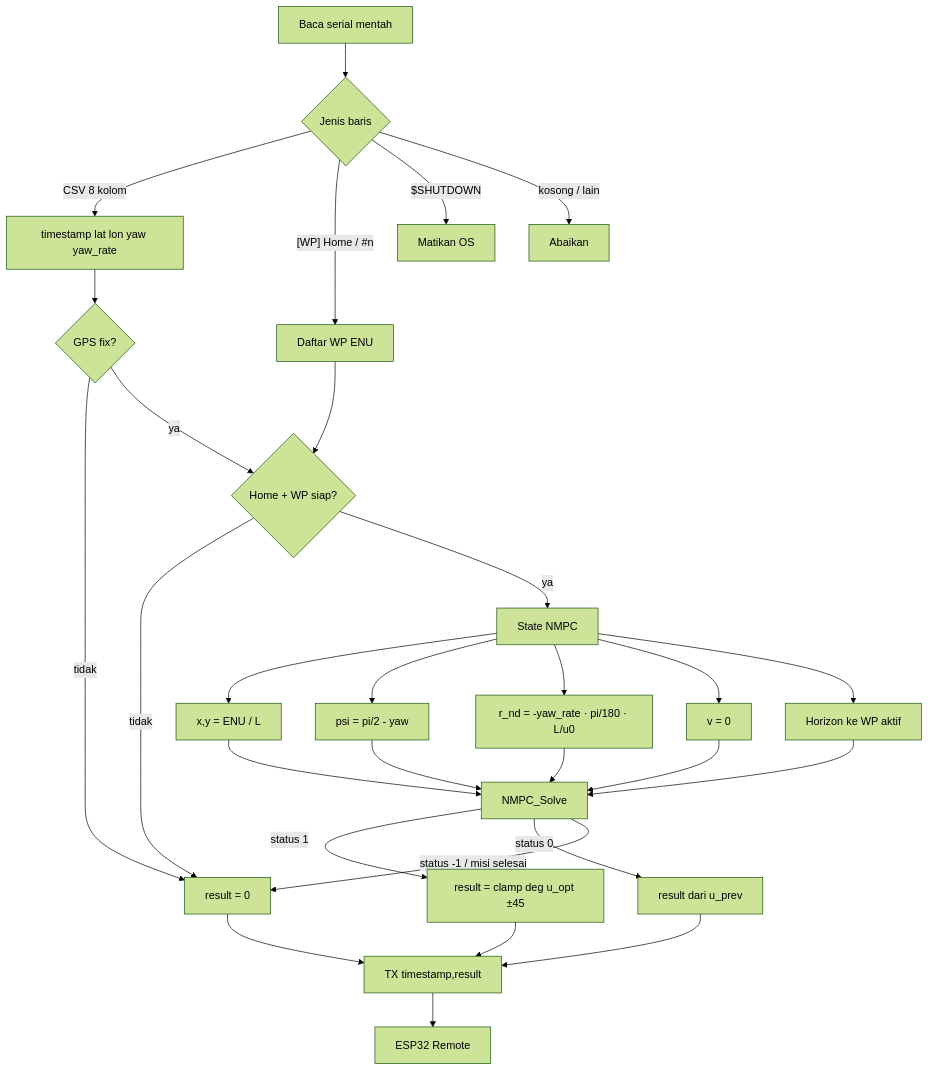
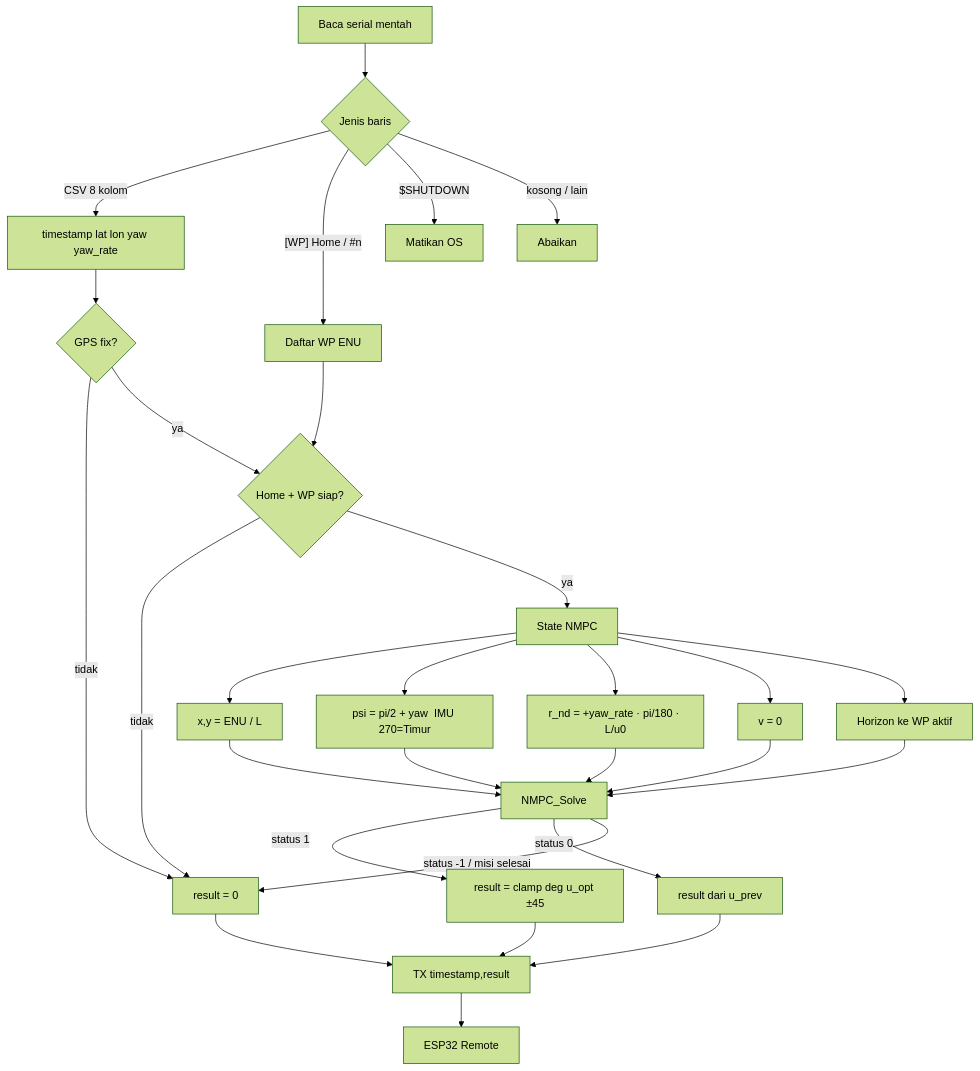
The second of 3 diagrams in Cpp_Files/Cpp_ReadWriteSerial-2.0-ENU-NMPC-beta/README.md (InskalBTHBPPT/Ship_Model_Control_ESP32-S3-v2026.01), drawn with Mermaid (forest theme) before and after one commit. The commit also changed other lines of this file and 8 other files, not shown here.

First line of the commit message:
Update README.md and CHANGELOG.md for yaw angle adjustments and IMU heading clarification

````diff
--- a/Cpp_Files/Cpp_ReadWriteSerial-2.0-ENU-NMPC-beta/README.md
+++ b/Cpp_Files/Cpp_ReadWriteSerial-2.0-ENU-NMPC-beta/README.md
@@ -28,35 +28,35 @@
 ```mermaid
 flowchart TD
   RX["Baca serial mentah"] --> Class{Jenis baris}
   Class -->|CSV 8 kolom| CSV["timestamp lat lon yaw yaw_rate"]
   Class -->|"[WP] Home / #n"| WP["Daftar WP ENU"]
   Class -->|"$SHUTDOWN"| SD["Matikan OS"]
   Class -->|"kosong / lain"| Skip["Abaikan"]
 
   WP --> Ready{Home + WP siap?}
   CSV --> GPS{GPS fix?}
   GPS -->|tidak| Zero["result = 0"]
   GPS -->|ya| Ready
   Ready -->|tidak| Zero
   Ready -->|ya| State["State NMPC"]
 
   State --> S1["x,y = ENU / L"]
-  State --> S2["psi = pi/2 - yaw"]
-  State --> S3["r_nd = -yaw_rate · pi/180 · L/u0"]
+  State --> S2["psi = pi/2 + yaw  IMU 270=Timur"]
+  State --> S3["r_nd = +yaw_rate · pi/180 · L/u0"]
   State --> S4["v = 0"]
   State --> Hor["Horizon ke WP aktif"]
 
   S1 --> Solve["NMPC_Solve"]
   S2 --> Solve
   S3 --> Solve
   S4 --> Solve
   Hor --> Solve
 
   Solve -->|status 1| Deg["result = clamp deg u_opt ±45"]
   Solve -->|status 0| Hold["result dari u_prev"]
   Solve -->|status -1 / misi selesai| Zero
   Deg --> TX["TX timestamp,result"]
   Hold --> TX
   Zero --> TX
   TX --> ESP["ESP32 Remote"]
 ```
````
